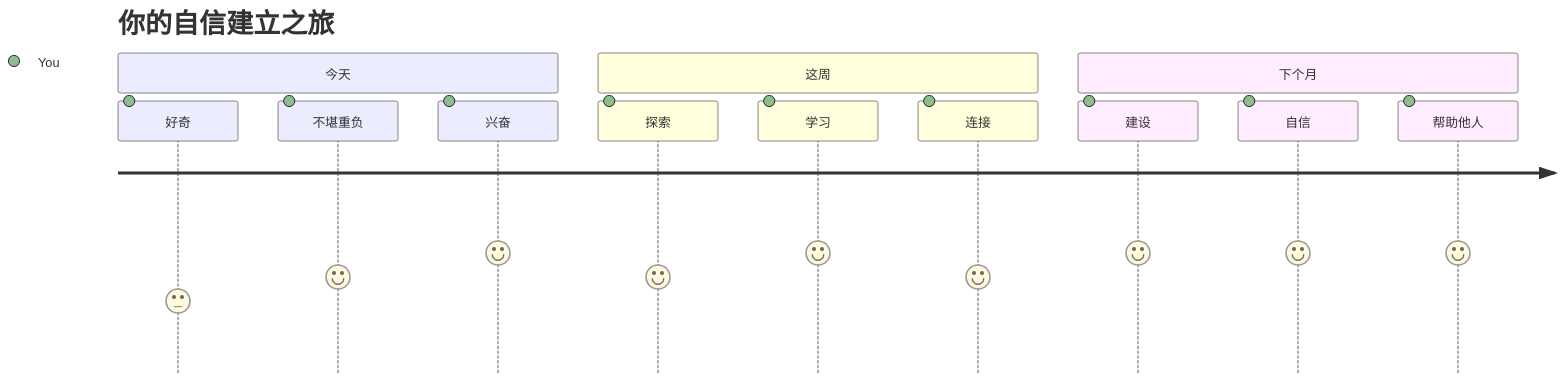
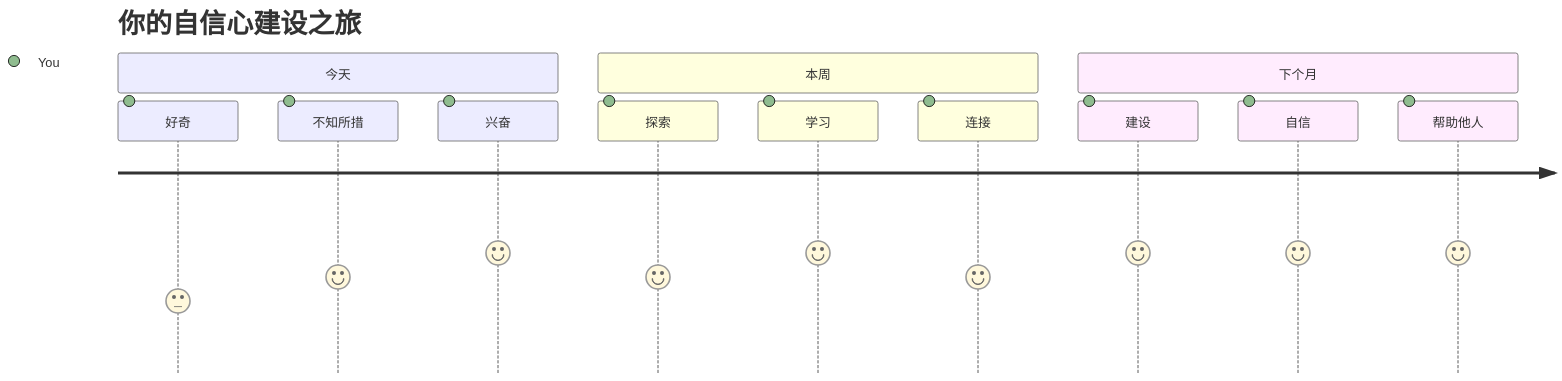
The seventh of 7 diagrams in translations/zh-CN/1-getting-started-lessons/1-intro-to-programming-languages/README.md (microsoft/Web-Dev-For-Beginners), drawn with Mermaid before and after one commit. The commit also changed other lines of this file and 8 other files, not shown here.

````diff
--- a/translations/zh-CN/1-getting-started-lessons/1-intro-to-programming-languages/README.md
+++ b/translations/zh-CN/1-getting-started-lessons/1-intro-to-programming-languages/README.md
@@ -833,16 +826,16 @@
 ```mermaid
 journey
-    title 你的自信建立之旅
+    title 你的自信心建设之旅
     section 今天
       好奇: 3: You
-      不堪重负: 4: You
+      不知所措: 4: You
       兴奋: 5: You
-    section 这周
+    section 本周
       探索: 4: You
       学习: 5: You
       连接: 4: You
     section 下个月
       建设: 5: You
       自信: 5: You
       帮助他人: 5: You
 ```
````
